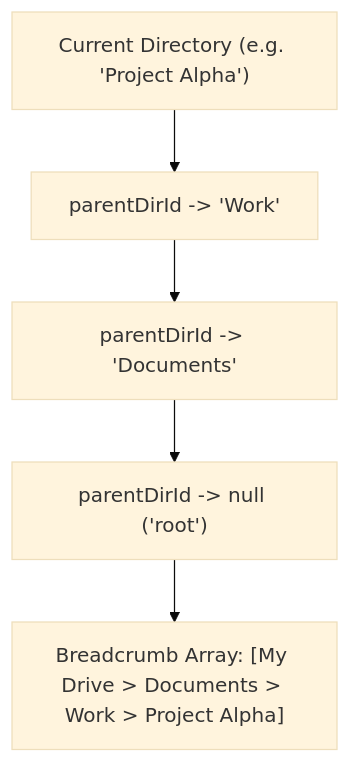
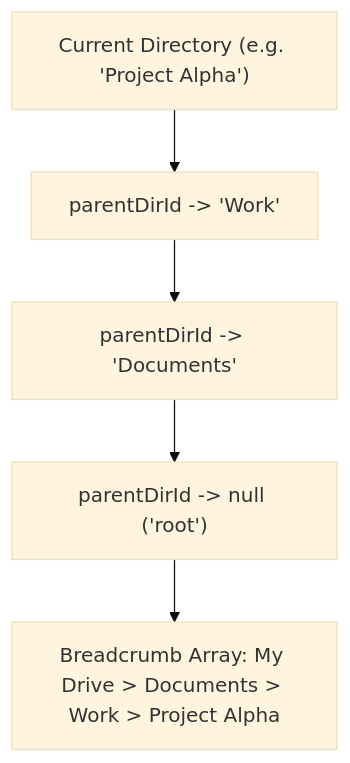
Before and after one commit to kunalrathore-cpp/MeghVault: the eighth of 21 diagrams in README.md, drawn with Mermaid (base theme). The commit also changed other lines of this file, not shown here.

````diff
--- a/README.md
+++ b/README.md
@@ -418,7 +418,7 @@
 ```mermaid
 flowchart TD
     CurrentDir["Current Directory (e.g. 'Project Alpha')"] --> P1["parentDirId -> 'Work'"]
     P1 --> P2["parentDirId -> 'Documents'"]
     P2 --> Root["parentDirId -> null ('root')"]
-    Root --> BreadcrumbResult["Breadcrumb Array: [My Drive > Documents > Work > Project Alpha]"]
+    Root --> BreadcrumbResult["Breadcrumb Array: My Drive > Documents > Work > Project Alpha"]
 ```
````
